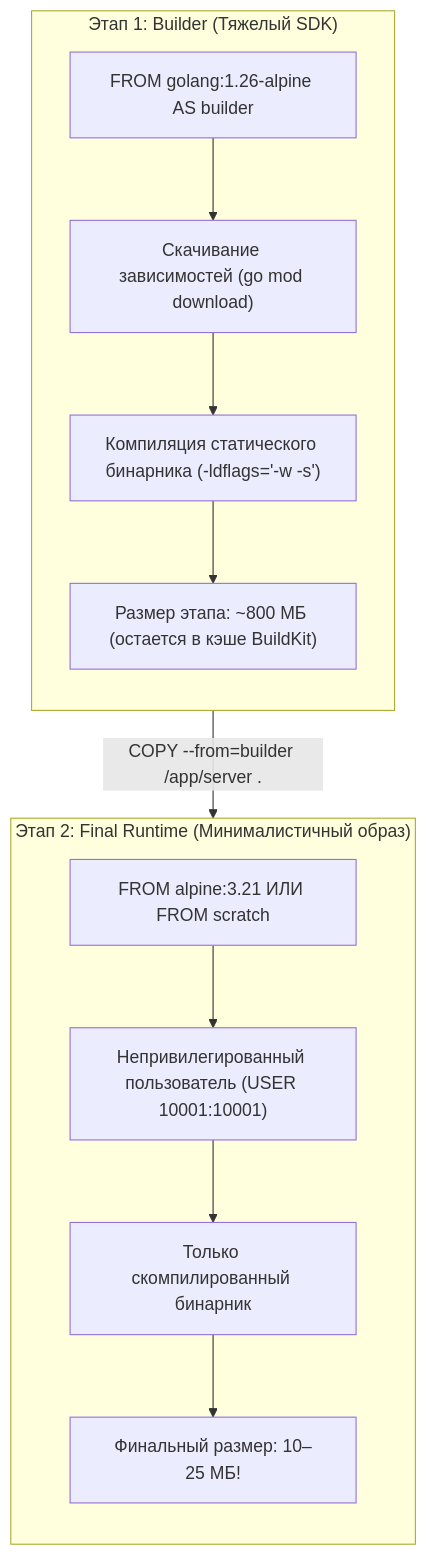
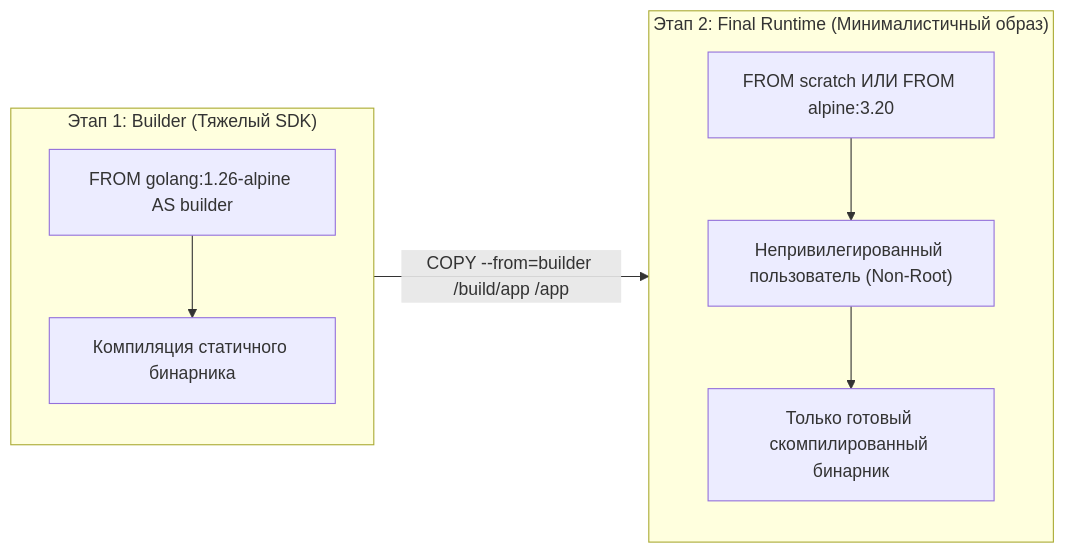
Before and after one commit to AndreyJVM/portfolio-service: the diagram in content/courses/docker/02-multistage-and-cgroups.md, drawn with Mermaid. The commit also changed other lines of this file and 26 other files, not shown here.

````diff
--- a/content/courses/docker/02-multistage-and-cgroups.md
+++ b/content/courses/docker/02-multistage-and-cgroups.md
@@ -19,22 +17,19 @@
 ```mermaid
-flowchart TD
-    subgraph Stage1["Этап 1: Builder (Тяжелый SDK)"]
+flowchart LR
+    subgraph BuildStage["Этап 1: Builder (Тяжелый SDK)"]
         direction TB
         B1["FROM golang:1.26-alpine AS builder"]
-        B2["Скачивание зависимостей (go mod download)"]
-        B3["Компиляция статического бинарника (-ldflags='-w -s')"]
-        B4["Размер этапа: ~800 МБ (остается в кэше BuildKit)"]
-        B1 --> B2 --> B3 --> B4
+        B2["Компиляция статичного бинарника"]
+        B1 --> B2
     end
 
-    subgraph Stage2["Этап 2: Final Runtime (Минималистичный образ)"]
+    subgraph RuntimeStage["Этап 2: Final Runtime (Минималистичный образ)"]
         direction TB
-        R1["FROM alpine:3.21 ИЛИ FROM scratch"]
-        R2["Непривилегированный пользователь (USER 10001:10001)"]
-        R3["Только скомпилированный бинарник"]
-        R4["Финальный размер: 10–25 МБ!"]
-        R1 --> R2 --> R3 --> R4
+        R1["FROM scratch ИЛИ FROM alpine:3.20"]
+        R2["Непривилегированный пользователь (Non-Root)"]
+        R3["Только готовый скомпилированный бинарник"]
+        R1 --> R2 --> R3
     end
 
-    Stage1 -->|"COPY --from=builder /app/server ."| Stage2
+    BuildStage -->|"COPY --from=builder /build/app /app"| RuntimeStage
 ```
````
